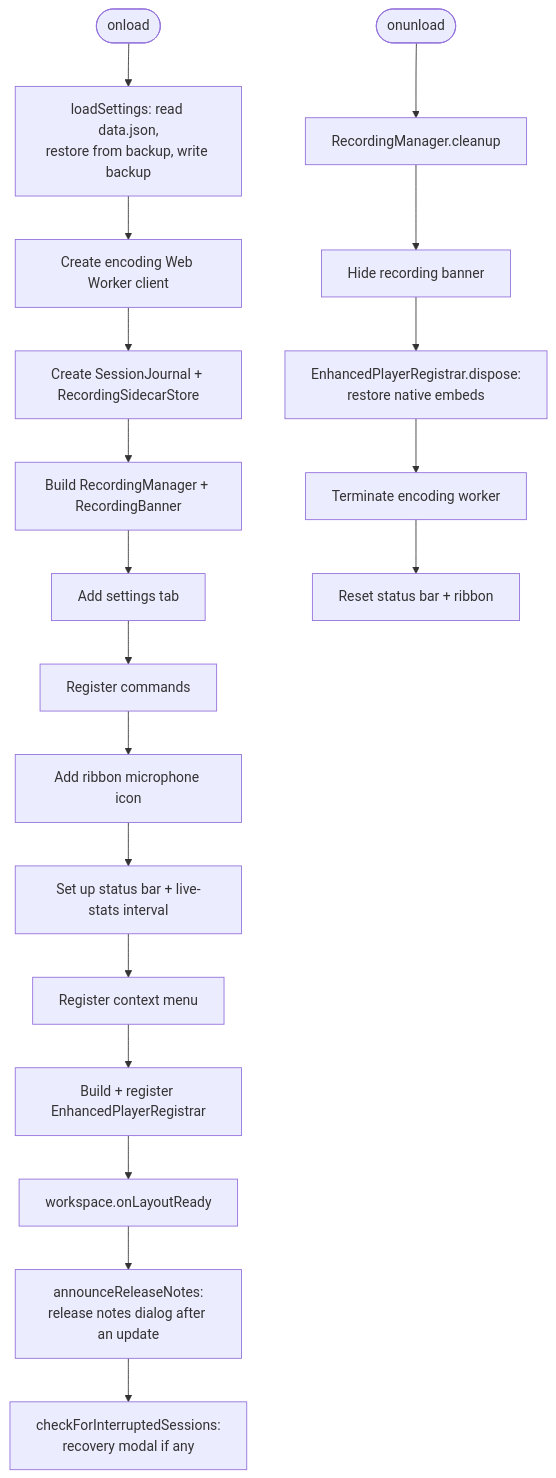
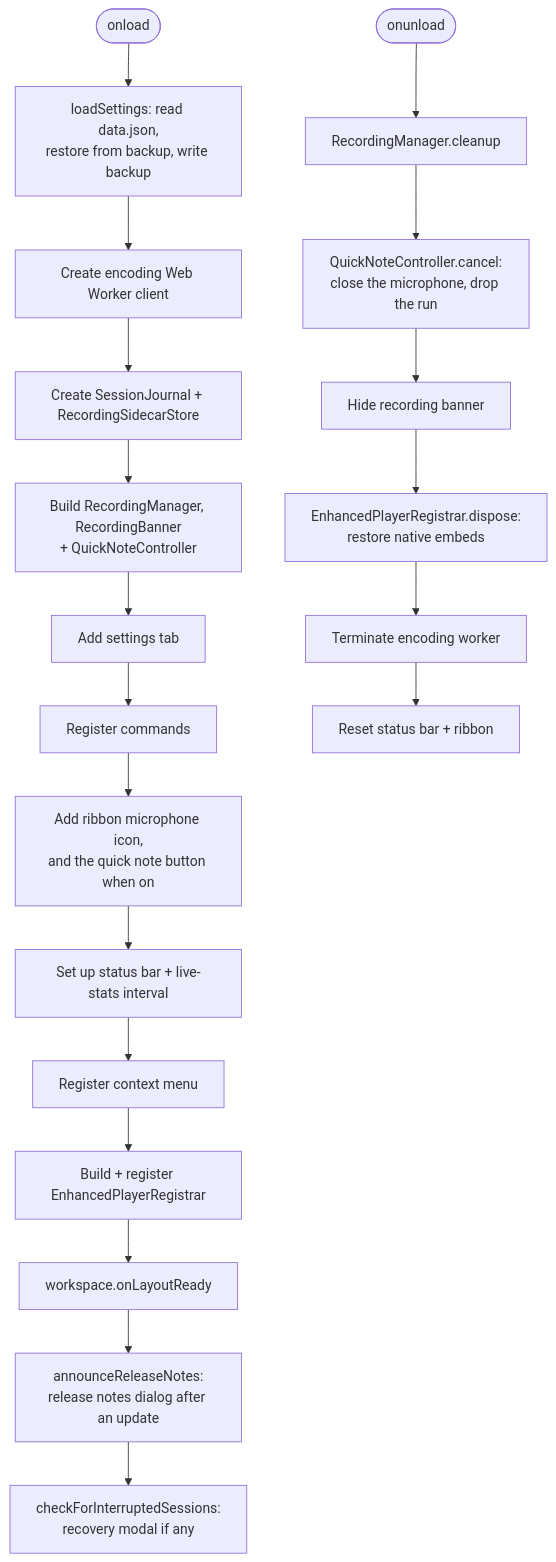
The second of 7 diagrams in docs/architecture.md (akhmialeuski/advanced-audio-recorder), drawn with Mermaid before and after one commit. The commit also changed other lines of this file and 17 other files, not shown here.

````diff
--- a/docs/architecture.md
+++ b/docs/architecture.md
@@ -124,22 +130,23 @@
 ```mermaid
 flowchart TD
     START([onload]) --> LS[loadSettings: read data.json,<br/>restore from backup, write backup]
     LS --> EW[Create encoding Web Worker client]
     EW --> JR[Create SessionJournal + RecordingSidecarStore]
-    JR --> MGR[Build RecordingManager + RecordingBanner]
+    JR --> MGR[Build RecordingManager, RecordingBanner<br/>+ QuickNoteController]
     MGR --> TAB[Add settings tab]
     TAB --> CMDS[Register commands]
-    CMDS --> RIB[Add ribbon microphone icon]
+    CMDS --> RIB[Add ribbon microphone icon,<br/>and the quick note button when on]
     RIB --> SBAR[Set up status bar + live-stats interval]
     SBAR --> CTX[Register context menu]
     CTX --> PLR[Build + register EnhancedPlayerRegistrar]
     PLR --> READY[workspace.onLayoutReady]
     READY --> NOTES[announceReleaseNotes:<br/>release notes dialog after an update]
     NOTES --> RECCHK[checkForInterruptedSessions:<br/>recovery modal if any]
 
     UNLOAD([onunload]) --> C1[RecordingManager.cleanup]
-    C1 --> C2[Hide recording banner]
+    C1 --> C1B[QuickNoteController.cancel:<br/>close the microphone, drop the run]
+    C1B --> C2[Hide recording banner]
     C2 --> C3[EnhancedPlayerRegistrar.dispose:<br/>restore native embeds]
     C3 --> C4[Terminate encoding worker]
     C4 --> C5[Reset status bar + ribbon]
 ```
````
